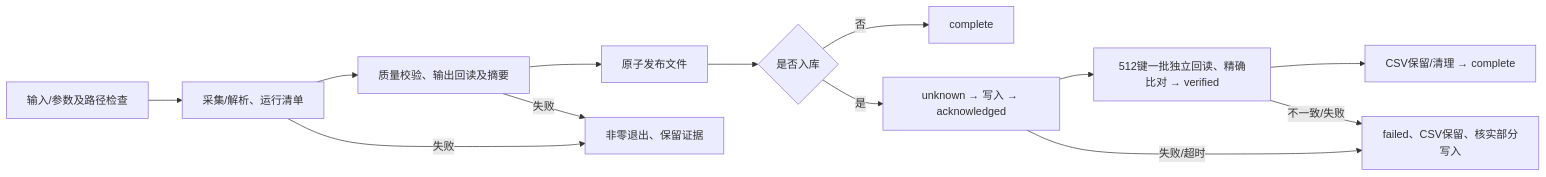
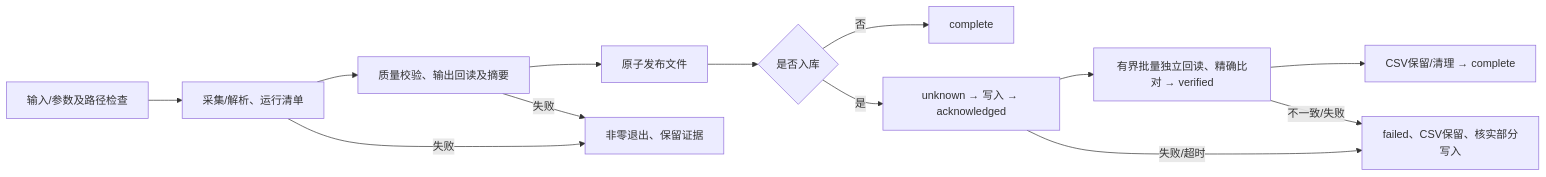
Before and after one commit to jelven007/rustdx: the diagram in docs/REQUIREMENTS.md, drawn with Mermaid. The commit also changed other lines of this file and 16 other files, not shown here.

````diff
--- a/docs/REQUIREMENTS.md
+++ b/docs/REQUIREMENTS.md
@@ -11,15 +11,15 @@
 ```mermaid
 flowchart LR
     A["输入/参数及路径检查"] --> B["采集/解析、运行清单"]
     B --> C["质量校验、输出回读及摘要"]
     C --> D["原子发布文件"]
     D --> E{"是否入库"}
     E -->|否| F["complete"]
     E -->|是| G["unknown → 写入 → acknowledged"]
-    G --> V["512键一批独立回读、精确比对 → verified"]
+    G --> V["有界批量独立回读、精确比对 → verified"]
     V --> H["CSV保留/清理 → complete"]
     B -->|失败| I["非零退出、保留证据"]
     C -->|失败| I
     G -->|失败/超时| J["failed、CSV保留、核实部分写入"]
     V -->|不一致/失败| J
 ```
````
